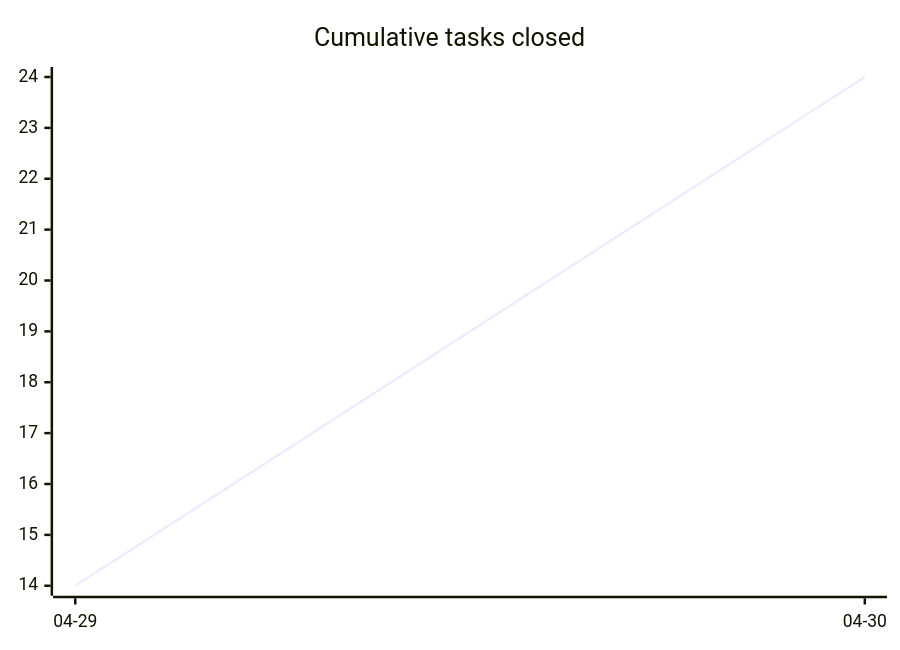
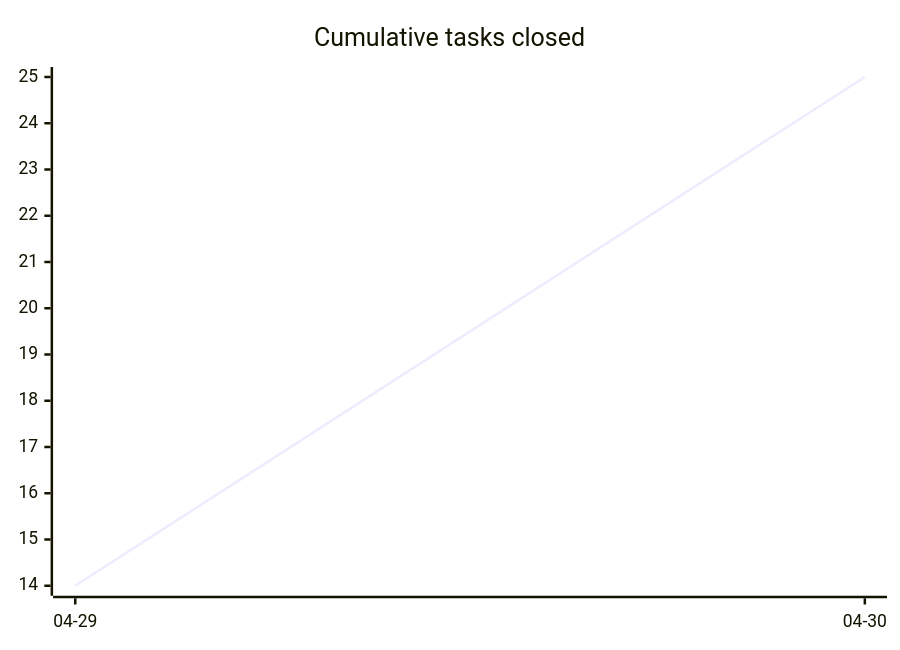
One commit to tgd1975/AwesomeStudioPedal changed the first of 3 diagrams in docs/developers/tasks/OVERVIEW.md. Above: the diagram before and after it, drawn with Mermaid. The commit also changed other lines of this file and 5 other files, not shown here.

````diff
--- a/docs/developers/tasks/OVERVIEW.md
+++ b/docs/developers/tasks/OVERVIEW.md
@@ -20,6 +20,6 @@
 ```mermaid
 xychart-beta
     title "Cumulative tasks closed"
     x-axis ["04-29", "04-30"]
-    line [14, 24]
+    line [14, 25]
 ```
````
